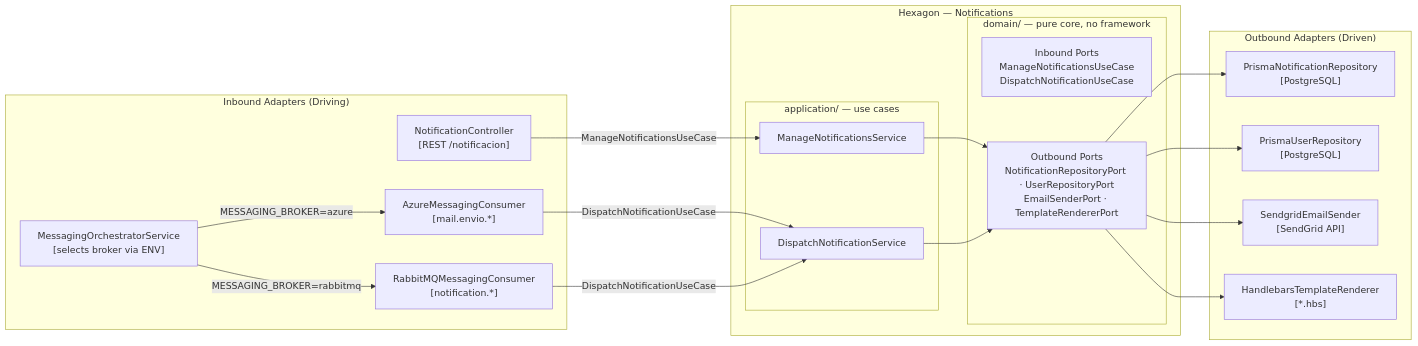
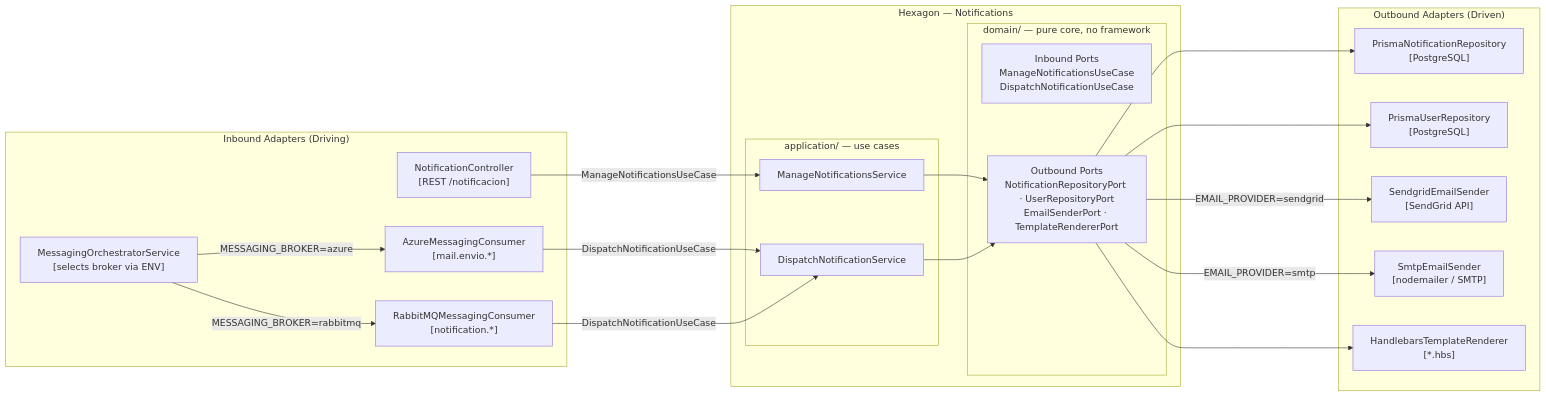
Before and after one commit to EciWise/EciWise.github.io: the first of 9 diagrams in how/notifications-service.md, drawn with Mermaid. The commit also changed other lines of this file and 6 other files, not shown here.

Commit message:
feat: add comprehensive frontend documentation for ECIWISE-Front architecture, development guidelines, and security measures

````diff
--- a/how/notifications-service.md
+++ b/how/notifications-service.md
@@ -23,40 +25,42 @@
 ```mermaid
 graph LR
   subgraph Driving["Inbound Adapters (Driving)"]
     HTTP["NotificationController\n[REST /notificacion]"]
     ORCH["MessagingOrchestratorService\n[selects broker via ENV]"]
     AZ["AzureMessagingConsumer\n[mail.envio.*]"]
     RMQ["RabbitMQMessagingConsumer\n[notification.*]"]
   end
 
   subgraph Hexagon["Hexagon — Notifications"]
     subgraph App["application/ — use cases"]
       MNS["ManageNotificationsService"]
       DNS["DispatchNotificationService"]
     end
     subgraph Domain["domain/ — pure core, no framework"]
       PIN["Inbound Ports\nManageNotificationsUseCase\nDispatchNotificationUseCase"]
       POUT["Outbound Ports\nNotificationRepositoryPort · UserRepositoryPort\nEmailSenderPort · TemplateRendererPort"]
     end
   end
 
   subgraph Driven["Outbound Adapters (Driven)"]
     PR_N["PrismaNotificationRepository\n[PostgreSQL]"]
     PR_U["PrismaUserRepository\n[PostgreSQL]"]
     SG["SendgridEmailSender\n[SendGrid API]"]
+    SMTP["SmtpEmailSender\n[nodemailer / SMTP]"]
     HBS["HandlebarsTemplateRenderer\n[*.hbs]"]
   end
 
   HTTP -->|"ManageNotificationsUseCase"| MNS
   ORCH -->|"MESSAGING_BROKER=azure"| AZ
   ORCH -->|"MESSAGING_BROKER=rabbitmq"| RMQ
   AZ -->|"DispatchNotificationUseCase"| DNS
   RMQ -->|"DispatchNotificationUseCase"| DNS
 
   MNS --> POUT
   DNS --> POUT
   POUT --> PR_N
   POUT --> PR_U
-  POUT --> SG
+  POUT -->|"EMAIL_PROVIDER=sendgrid"| SG
+  POUT -->|"EMAIL_PROVIDER=smtp"| SMTP
   POUT --> HBS
 ```
````
